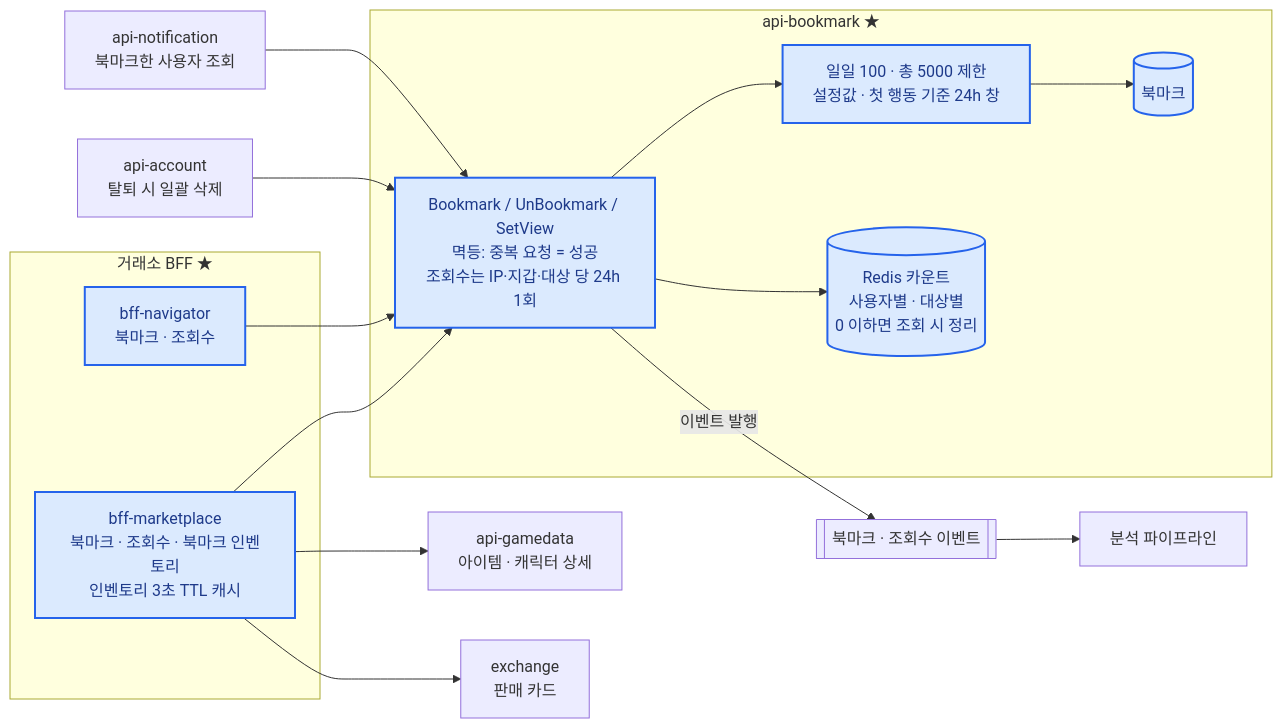
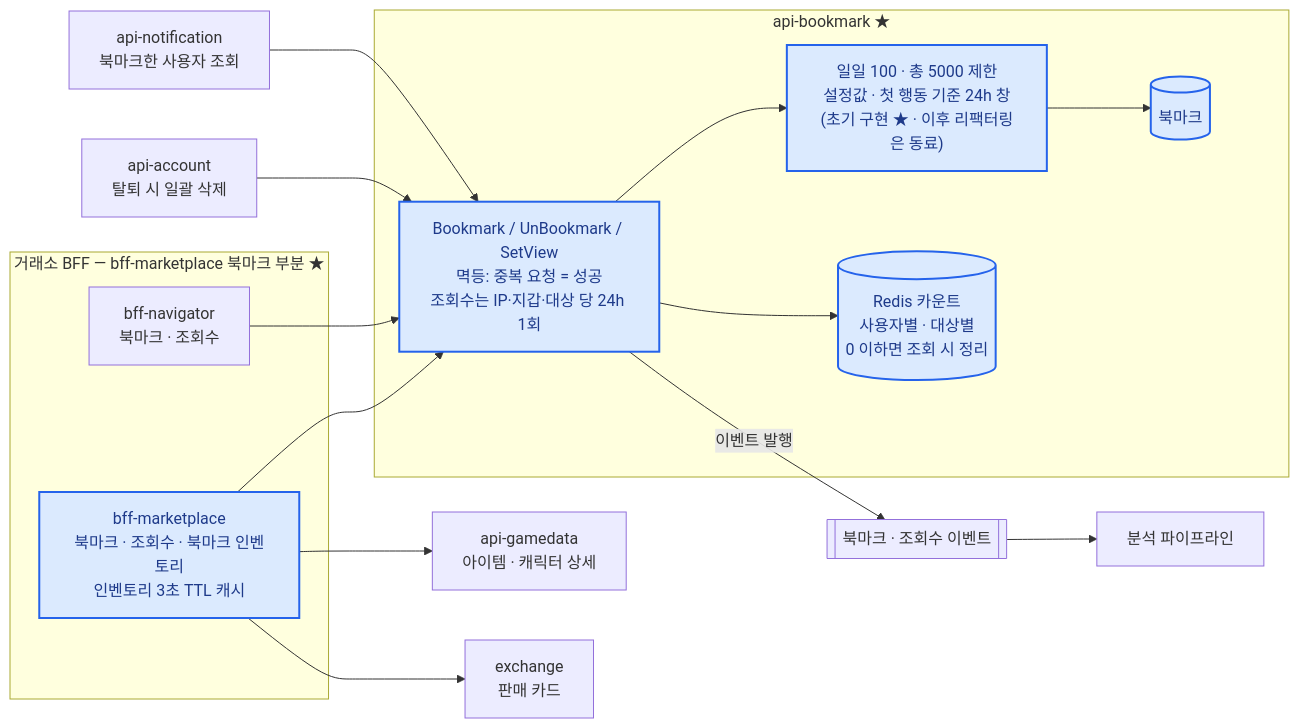
One commit to shalwxy/career changed the diagram in content/diagrams/bookmark.mmd. Above: the diagram before and after it, drawn with Mermaid. The commit also changed 18 other files, not shown here.

```diff
--- a/content/diagrams/bookmark.mmd
+++ b/content/diagrams/bookmark.mmd
@@ -1,25 +1,25 @@
 %% title: api-bookmark — 북마크·조회수와 거래소 BFF
 %% title_en: api-bookmark — bookmarks / view counts and marketplace BFFs
 flowchart LR
-    subgraph BFF[거래소 BFF ★]
+    subgraph BFF["거래소 BFF — bff-marketplace 북마크 부분 ★"]
         M[bff-marketplace<br/>북마크 · 조회수 · 북마크 인벤토리<br/>인벤토리 3초 TTL 캐시]
         NV[bff-navigator<br/>북마크 · 조회수]
     end
     subgraph BK[api-bookmark ★]
         H[Bookmark / UnBookmark / SetView<br/>멱등: 중복 요청 = 성공<br/>조회수는 IP·지갑·대상 당 24h 1회]
-        L[일일 100 · 총 5000 제한<br/>설정값 · 첫 행동 기준 24h 창]
+        L["일일 100 · 총 5000 제한<br/>설정값 · 첫 행동 기준 24h 창<br/>(초기 구현 ★ · 이후 리팩터링은 동료)"]
         PG[(북마크)]
         RD[(Redis 카운트<br/>사용자별 · 대상별<br/>0 이하면 조회 시 정리)]
     end
     AC[api-account<br/>탈퇴 시 일괄 삭제]
     NT[api-notification<br/>북마크한 사용자 조회]
     GD[api-gamedata<br/>아이템 · 캐릭터 상세]
     EX[exchange<br/>판매 카드]
     K[[북마크 · 조회수 이벤트]]
     M & NV --> H --> L --> PG
     H --> RD
     AC & NT --> H
     H -- 이벤트 발행 --> K --> AN[분석 파이프라인]
     M --> GD & EX
     classDef mine fill:#dbeafe,stroke:#2563eb,stroke-width:2px,color:#1e3a8a
-    class M,NV,H,L,PG,RD mine
+    class M,H,L,PG,RD mine
```
